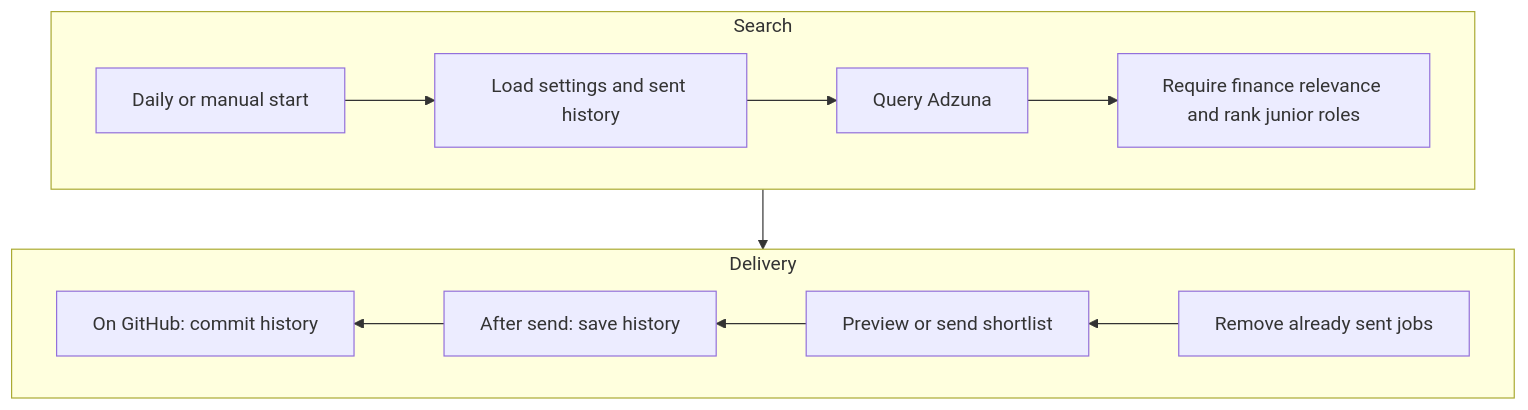
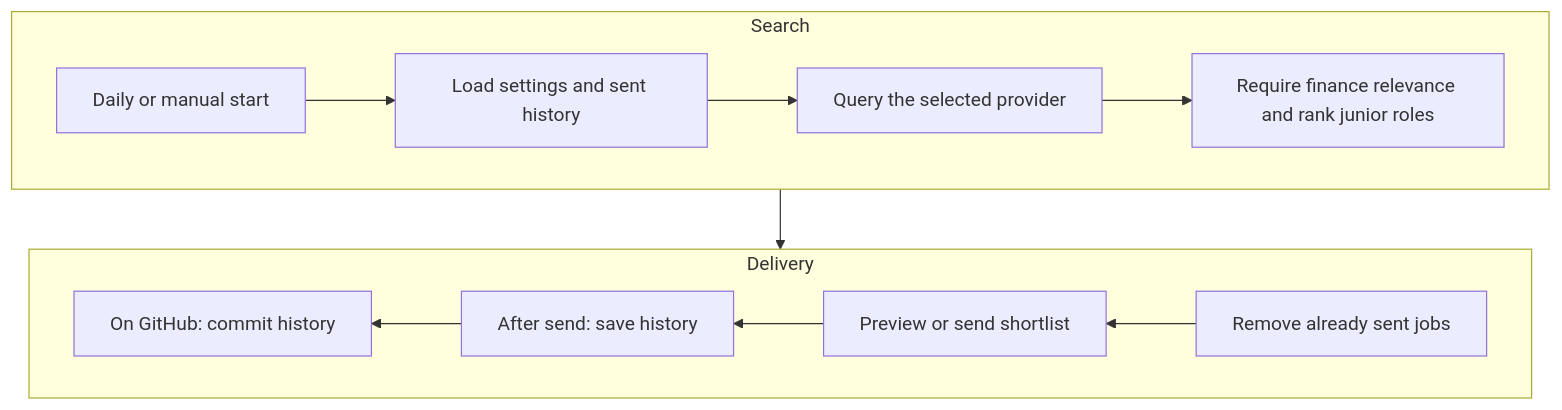
The diagram in README.md (NnamdiOdozi/Adzuna_jobs_bot), drawn with Mermaid before and after one commit. The commit also changed other lines of this file and 16 other files, not shown here.

````diff
--- a/README.md
+++ b/README.md
@@ -16,16 +18,16 @@
 ```mermaid
 flowchart TB
   subgraph first[Search]
     direction LR
     A[Daily or manual start] --> B[Load settings and sent history]
-    B --> C[Query Adzuna]
+    B --> C[Query the selected provider]
     C --> D[Require finance relevance and rank junior roles]
   end
   subgraph second[Delivery]
     direction RL
     E[Remove already sent jobs] --> F[Preview or send shortlist]
     F --> G[After send: save history]
     G --> H[On GitHub: commit history]
   end
   D --> E
 ```
````
